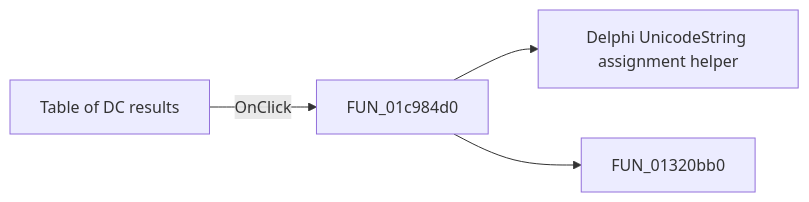
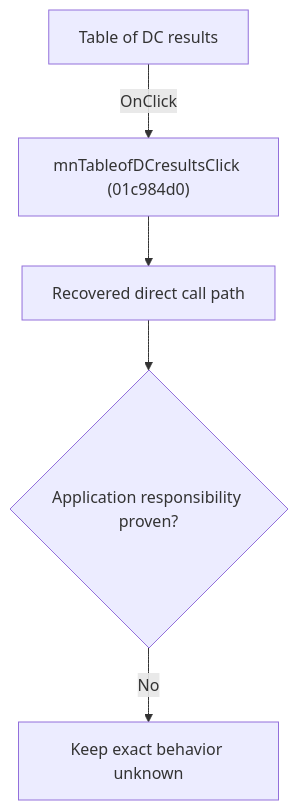
Before and after one commit to MovGP0/TIARA: the diagram in docs/ui-controls/schematiceditor/mntableofdcresults-fbc395d261.md, drawn with Mermaid. The commit also changed other lines of this file and 1062 other files, not shown here.

````diff
--- a/docs/ui-controls/schematiceditor/mntableofdcresults-fbc395d261.md
+++ b/docs/ui-controls/schematiceditor/mntableofdcresults-fbc395d261.md
@@ -27,6 +27,7 @@
 ```mermaid
-flowchart LR
-    control["Table of DC results"] -->|OnClick| handler["FUN_01c984d0"]
-    handler --> call1["Delphi UnicodeString assignment helper"]
-    handler --> call2["FUN_01320bb0"]
+flowchart TD
+    control["Table of DC results"] -->|"OnClick"| handler["mnTableofDCresultsClick (01c984d0)"]
+    handler --> recovered["Recovered direct call path"]
+    recovered --> gap{"Application responsibility proven?"}
+    gap -->|"No"| blocked["Keep exact behavior unknown"]
 ```
````
